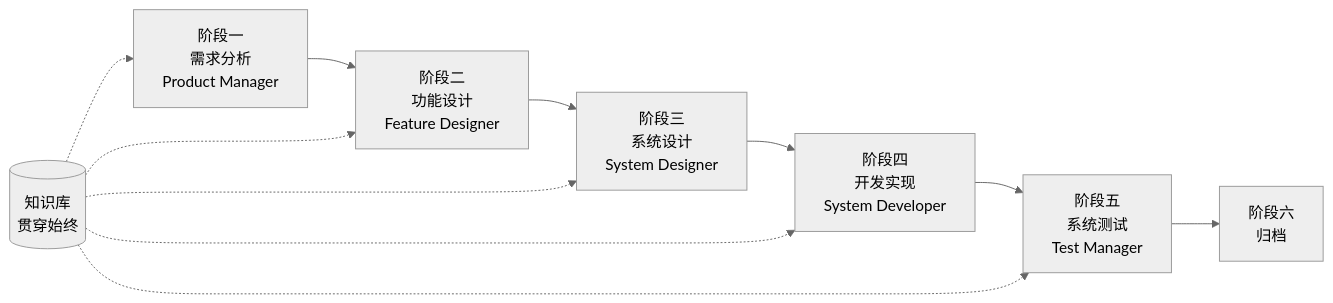
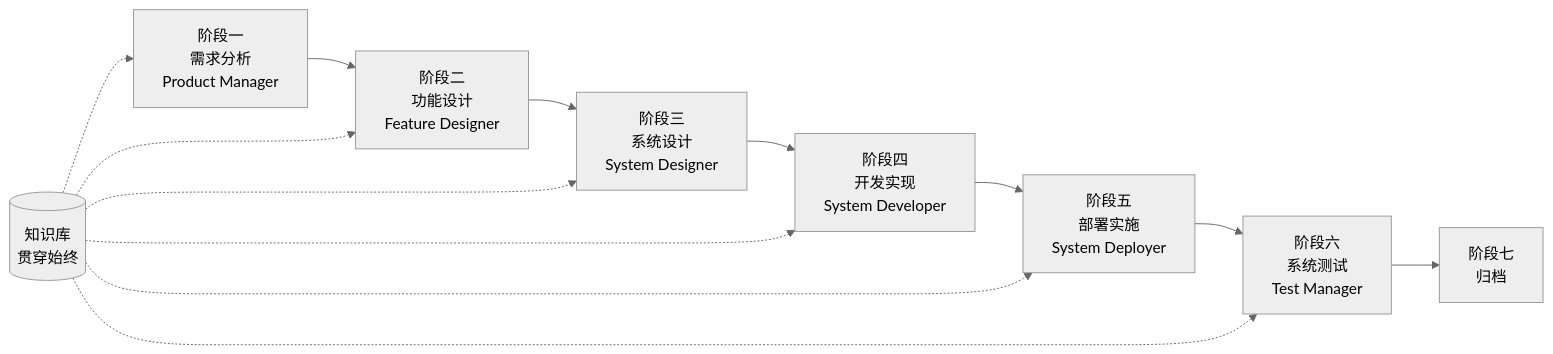
Before and after one commit to charlesmu99/speccrew: the diagram in docs/GETTING-STARTED.md, drawn with Mermaid (neutral theme). The commit also changed other lines of this file and 35 other files, not shown here.

````diff
--- a/docs/GETTING-STARTED.md
+++ b/docs/GETTING-STARTED.md
@@ -144,14 +144,16 @@
 ```mermaid
 flowchart LR
     PRD[阶段一<br/>需求分析<br/>Product Manager] --> FD[阶段二<br/>功能设计<br/>Feature Designer]
     FD --> SD[阶段三<br/>系统设计<br/>System Designer]
     SD --> DEV[阶段四<br/>开发实现<br/>System Developer]
-    DEV --> TEST[阶段五<br/>系统测试<br/>Test Manager]
-    TEST --> ARCHIVE[阶段六<br/>归档]
+    DEV --> DEPLOY[阶段五<br/>部署实施<br/>System Deployer]
+    DEPLOY --> TEST[阶段六<br/>系统测试<br/>Test Manager]
+    TEST --> ARCHIVE[阶段七<br/>归档]
     
     KB[(知识库<br/>贯穿始终)] -.-> PRD
     KB -.-> FD
     KB -.-> SD
     KB -.-> DEV
+    KB -.-> DEPLOY
     KB -.-> TEST
 ```
````
